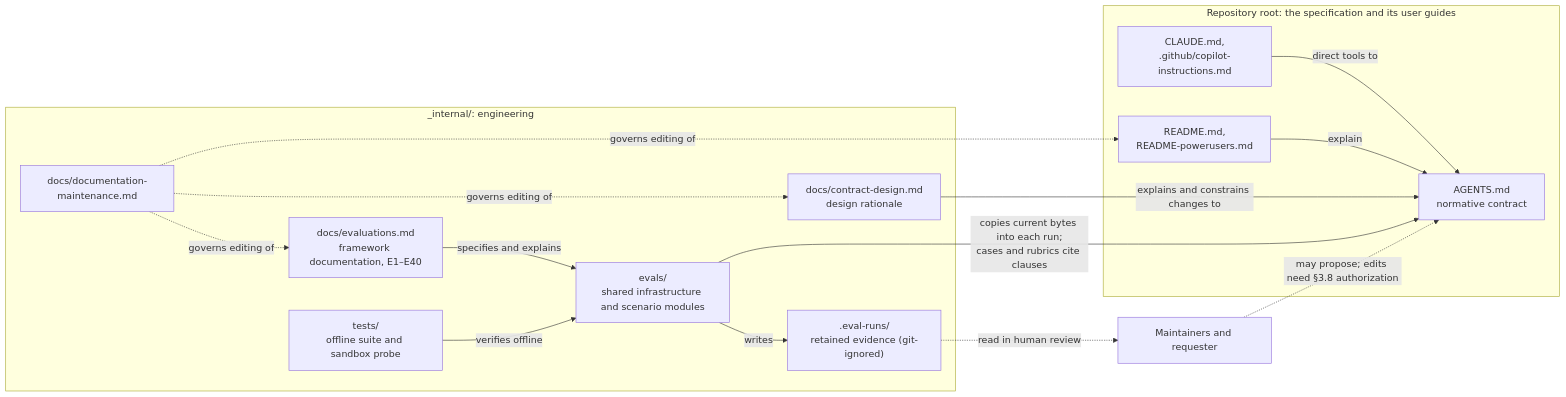
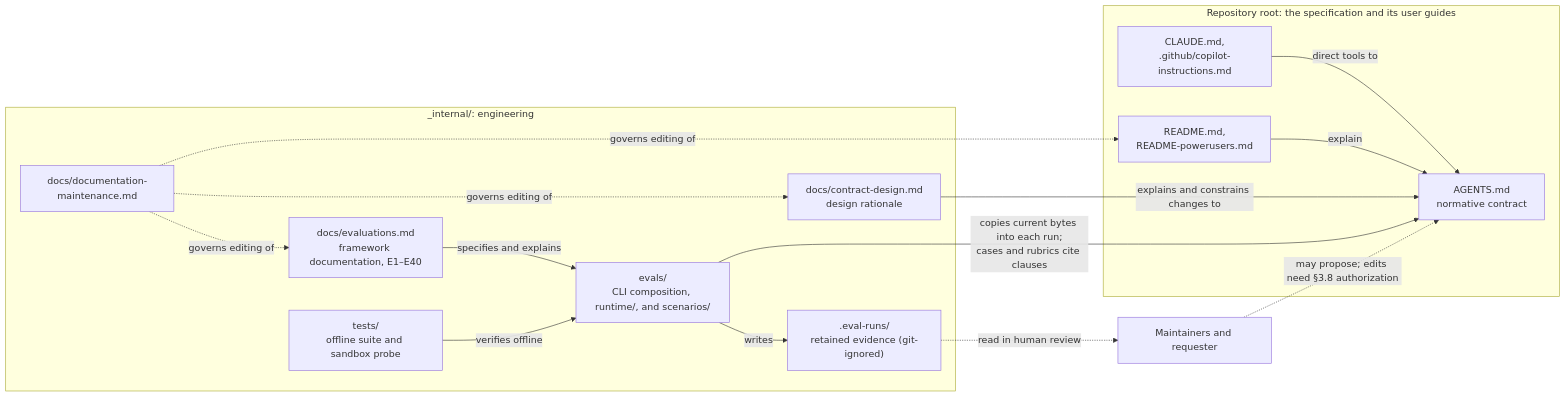
One commit to indisoluble/AGENTS-spec changed the diagram in _internal/docs/architecture.md. Above: the diagram before and after it, drawn with Mermaid. The commit also changed other lines of this file and 29 other files, not shown here.

Commit message:
Move evaluation scenarios into evals/scenarios

````diff
--- a/_internal/docs/architecture.md
+++ b/_internal/docs/architecture.md
@@ -19,28 +19,28 @@
 ```mermaid
 flowchart LR
   subgraph Root["Repository root: the specification and its user guides"]
     A["AGENTS.md<br/>normative contract"]
     BR["CLAUDE.md,<br/>.github/copilot-instructions.md"]
     G["README.md,<br/>README-powerusers.md"]
   end
   subgraph Internal["_internal/: engineering"]
     CD["docs/contract-design.md<br/>design rationale"]
     EV["docs/evaluations.md<br/>framework documentation, E1–E40"]
     DM["docs/documentation-maintenance.md"]
-    PKG["evals/<br/>shared infrastructure and scenario modules"]
+    PKG["evals/<br/>CLI composition, runtime/, and scenarios/"]
     T["tests/<br/>offline suite and sandbox probe"]
     RUNS[".eval-runs/<br/>retained evidence (git-ignored)"]
   end
   BR -->|direct tools to| A
   G -->|explain| A
   CD -->|explains and constrains changes to| A
   PKG -->|copies current bytes into each run;<br/>cases and rubrics cite clauses| A
   EV -->|specifies and explains| PKG
   T -->|verifies offline| PKG
   PKG -->|writes| RUNS
   RUNS -.->|read in human review| H["Maintainers and requester"]
   H -.->|"may propose; edits need §3.8 authorization"| A
   DM -.->|governs editing of| CD
   DM -.->|governs editing of| EV
   DM -.->|governs editing of| G
 ```
````
